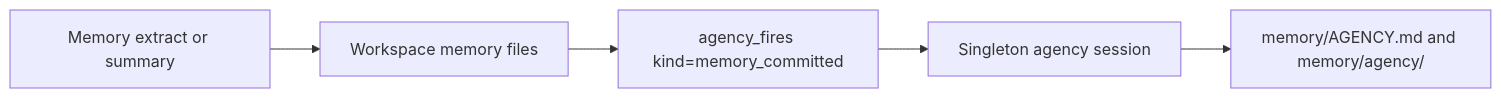
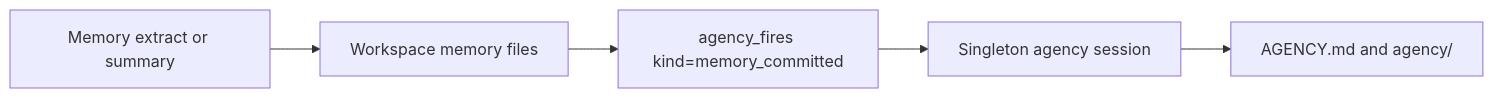
One commit to Alexsu26/ya-mono changed the fourth of 4 diagrams in packages/ya-claw/spec/11-session-agency.md. Above: the diagram before and after it, drawn with Mermaid. The commit also changed other lines of this file and 19 other files, not shown here.

````diff
--- a/packages/ya-claw/spec/11-session-agency.md
+++ b/packages/ya-claw/spec/11-session-agency.md
@@ -419,7 +419,7 @@
 ```mermaid
 flowchart LR
     M[Memory extract or summary] --> W[Workspace memory files]
     W --> F[agency_fires kind=memory_committed]
     F --> A[Singleton agency session]
-    A --> IDX[memory/AGENCY.md and memory/agency/]
+    A --> IDX[AGENCY.md and agency/]
 ```
````
